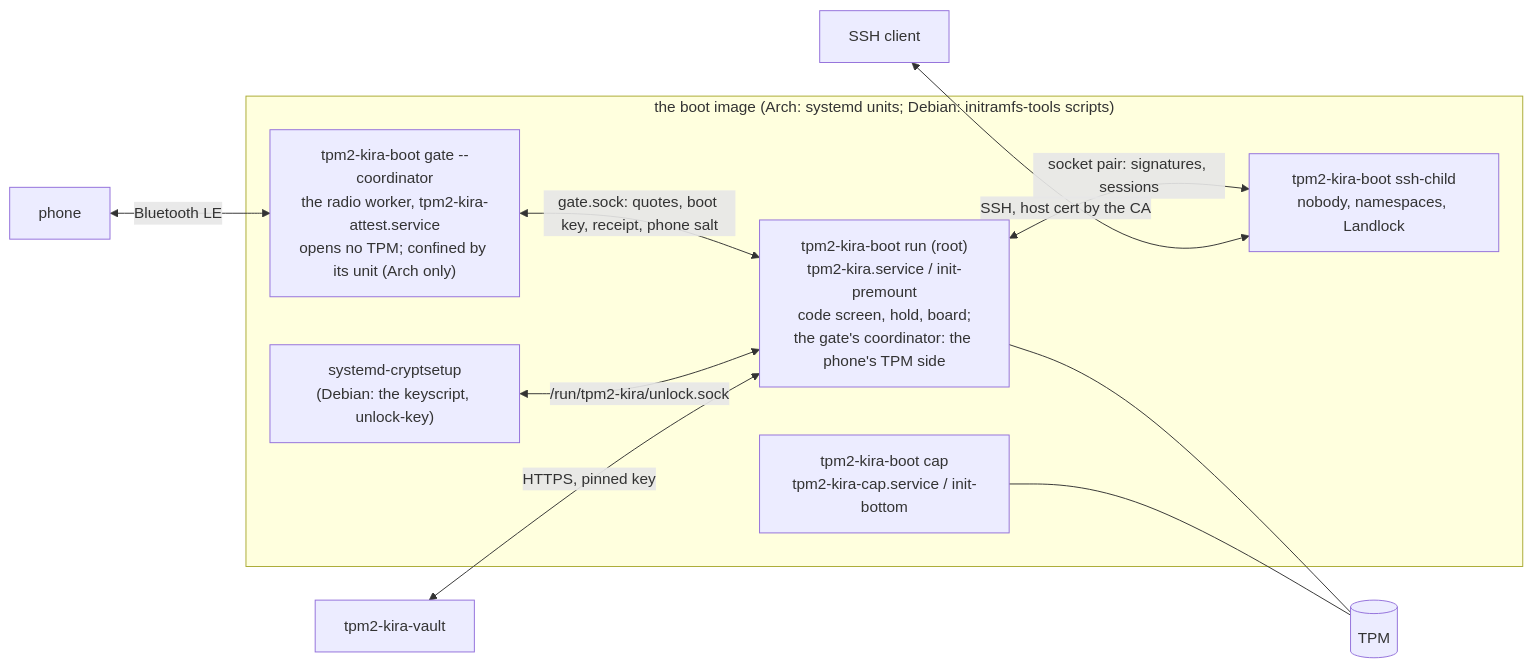
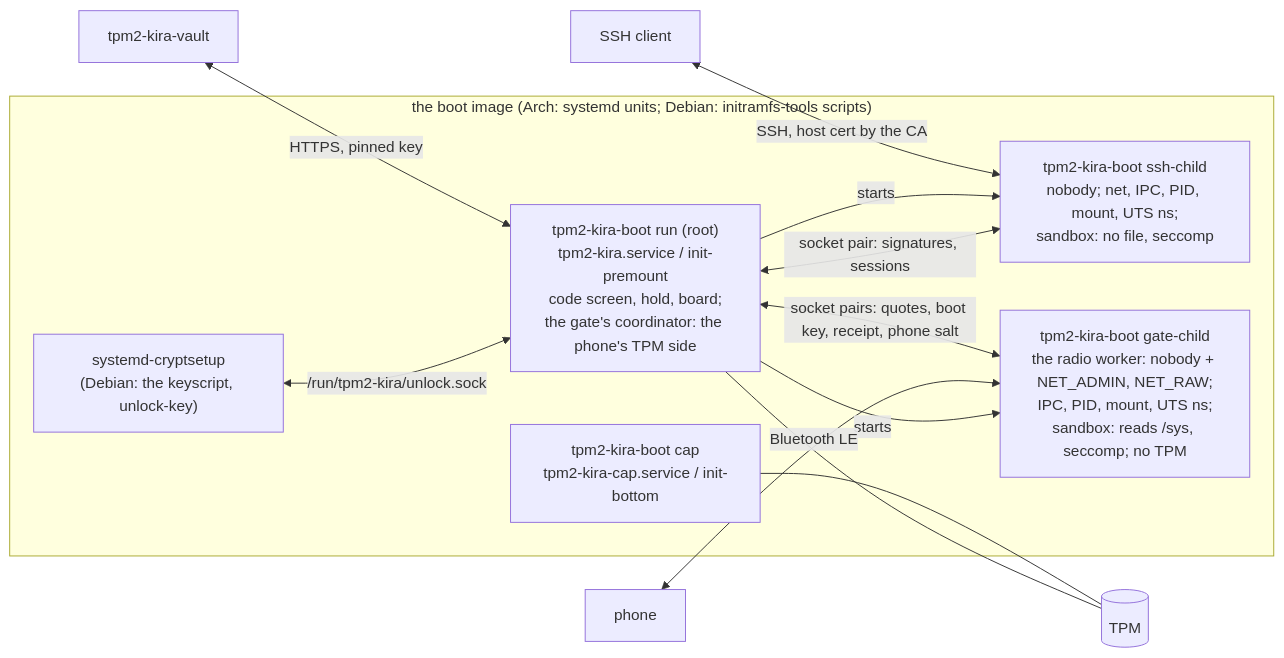
Before and after one commit to mrwiora/tpm2-kira: the fourth of 4 diagrams in docs/ARCHITECTURE.md, drawn with Mermaid. The commit also changed other lines of this file and 54 other files, not shown here.

First line of the commit message:
One boot on Arch and Debian: run starts the phone's radio worker

````diff
--- a/docs/ARCHITECTURE.md
+++ b/docs/ARCHITECTURE.md
@@ -121,19 +126,20 @@
 ```mermaid
 flowchart LR
   subgraph INITRD["the boot image (Arch: systemd units; Debian: initramfs-tools scripts)"]
     RUN["tpm2-kira-boot run (root)<br/>tpm2-kira.service / init-premount<br/>code screen, hold, board;<br/>the gate's coordinator: the phone's TPM side"]
-    CHILD["tpm2-kira-boot ssh-child<br/>nobody, namespaces, Landlock"]
-    GATE["tpm2-kira-boot gate --coordinator<br/>the radio worker, tpm2-kira-attest.service<br/>opens no TPM; confined by its unit (Arch only)"]
+    CHILD["tpm2-kira-boot ssh-child<br/>nobody; net, IPC, PID, mount, UTS ns;<br/>sandbox: no file, seccomp"]
+    GATE["tpm2-kira-boot gate-child<br/>the radio worker: nobody + NET_ADMIN, NET_RAW;<br/>IPC, PID, mount, UTS ns;<br/>sandbox: reads /sys, seccomp; no TPM"]
     CRYPT["systemd-cryptsetup<br/>(Debian: the keyscript, unlock-key)"]
     CAP["tpm2-kira-boot cap<br/>tpm2-kira-cap.service / init-bottom"]
   end
   TPM[("TPM")]
   RUN <-->|socket pair: signatures, sessions| CHILD
-  GATE <-->|gate.sock: quotes, boot key, receipt, phone salt| RUN
+  RUN -->|starts| CHILD & GATE
+  GATE <-->|socket pairs: quotes, boot key, receipt, phone salt| RUN
   CRYPT <-->|/run/tpm2-kira/unlock.sock| RUN
   RUN --- TPM
   CAP --- TPM
   SSHC["SSH client"] <-->|SSH, host cert by the CA| CHILD
   PHONEB["phone"] <-->|Bluetooth LE| GATE
   VAULTS["tpm2-kira-vault"] <-->|HTTPS, pinned key| RUN
 ```
````
